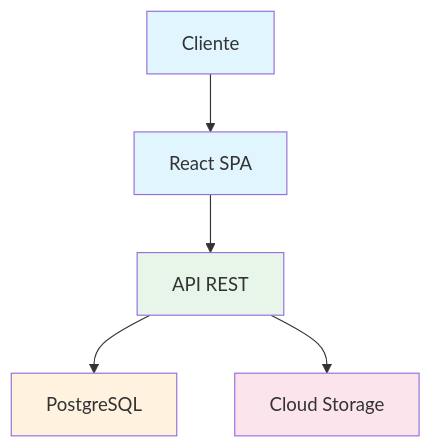
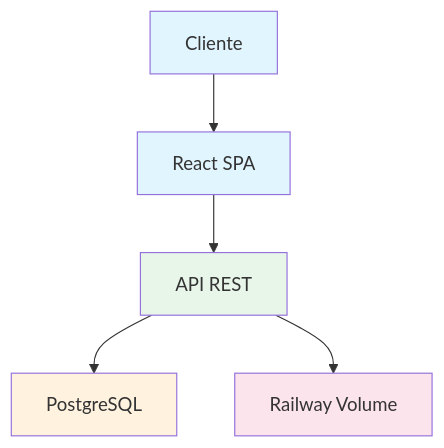
One commit to ImpLosBukisHMO/catalogo-bukis-frontend changed the diagram in docs/README.md. Above: the diagram before and after it, drawn with Mermaid. The commit also changed other lines of this file and 5 other files, not shown here.

Commit message:
docs: remove Cloudinary references - using Railway Volume only

````diff
--- a/docs/README.md
+++ b/docs/README.md
@@ -16,13 +16,13 @@
 ```mermaid
 graph TB
     A[Cliente] --> B[React SPA]
     B --> C[API REST]
     C --> D[PostgreSQL]
-    C --> E[Cloud Storage]
+    C --> E[Railway Volume]
 
     style A fill:#e1f5fe
     style B fill:#e1f5fe
     style C fill:#e8f5e9
     style D fill:#fff3e0
     style E fill:#fce4ec
 ```
````
